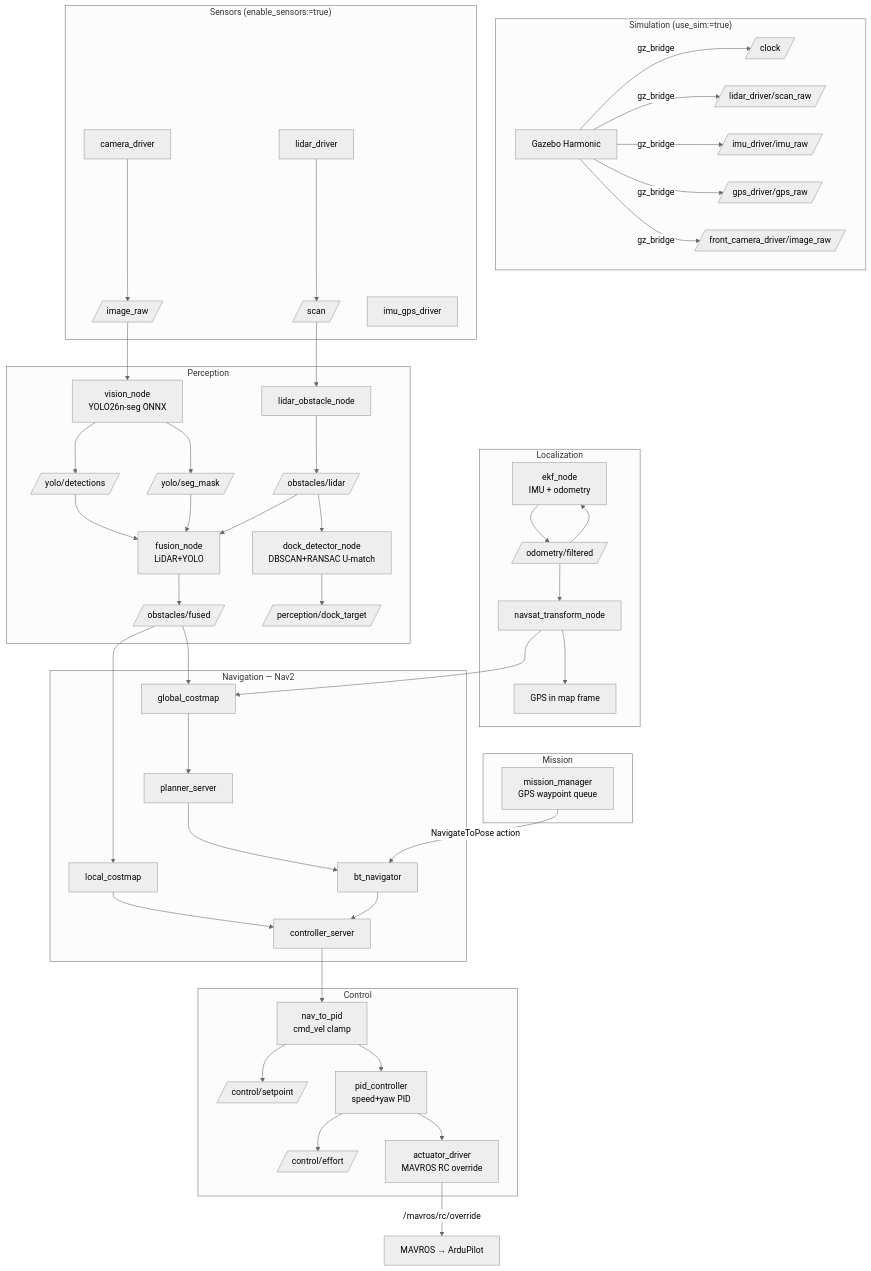
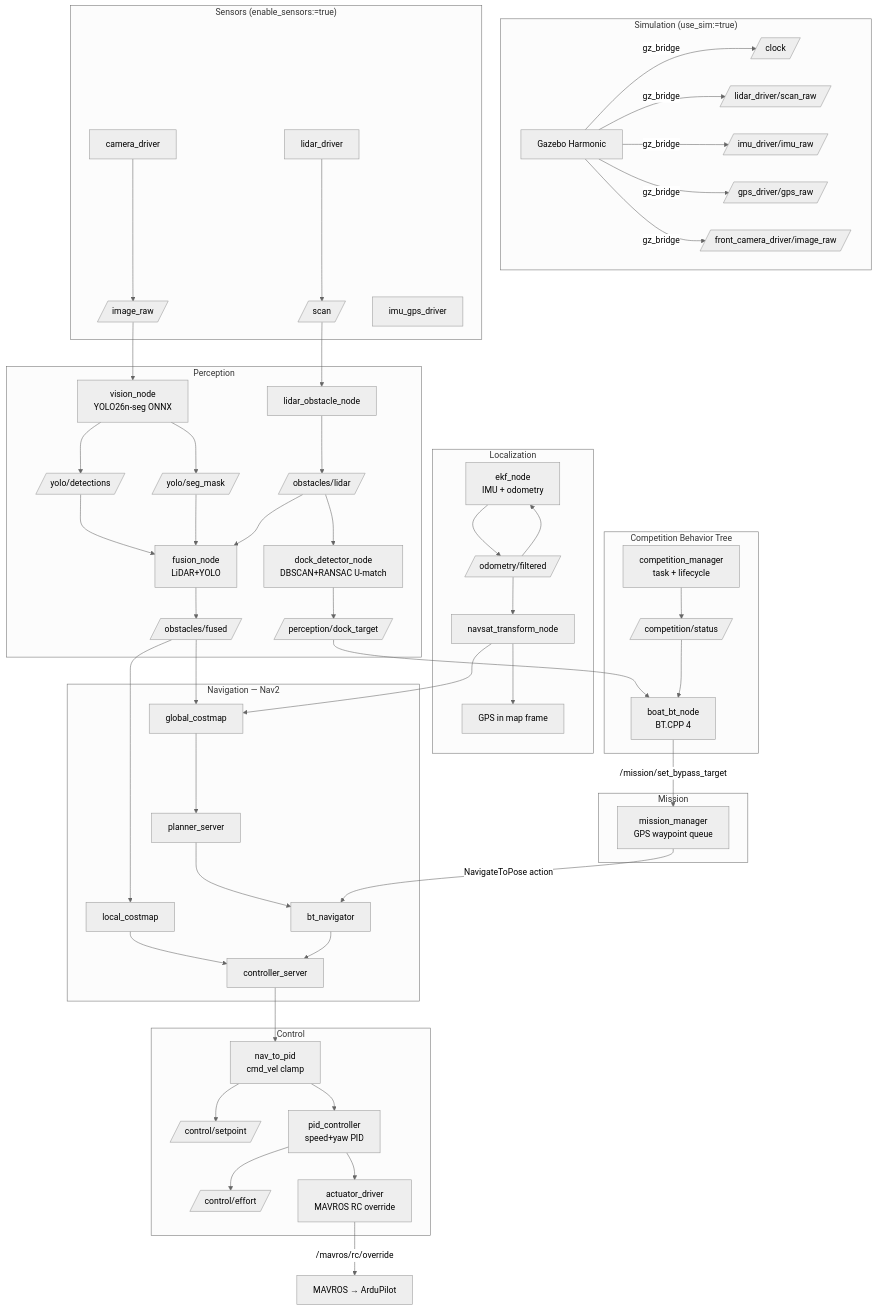
One commit to NODE-Engineering-Club/node-ros-2026 changed the diagram in README.md. Above: the diagram before and after it, drawn with Mermaid (neutral theme). The commit also changed other lines of this file and 1 other file, not shown here.

First line of the commit message:
Document the competition Behavior Tree merged in PR #16

````diff
--- a/README.md
+++ b/README.md
@@ -86,68 +92,75 @@
 ```mermaid
 flowchart TD
     subgraph Sim["Simulation (use_sim:=true)"]
         GZ[Gazebo Harmonic] -->|gz_bridge| CLK[/clock/]
         GZ -->|gz_bridge| LIDAR_SIM[/lidar_driver/scan_raw/]
         GZ -->|gz_bridge| IMU_SIM[/imu_driver/imu_raw/]
         GZ -->|gz_bridge| GPS_SIM[/gps_driver/gps_raw/]
         GZ -->|gz_bridge| CAM_SIM[/front_camera_driver/image_raw/]
     end
 
     subgraph Sensors["Sensors (enable_sensors:=true)"]
         LD[lidar_driver] --> Scan[/scan/]
         CD[camera_driver] --> Image[/image_raw/]
         IG[imu_gps_driver]
     end
 
     subgraph Perception
         Y[vision_node<br/>YOLO26n-seg ONNX] --> Det[/yolo/detections/]
         Y --> Mask[/yolo/seg_mask/]
         LO[lidar_obstacle_node] --> LidarPts[/obstacles/lidar/]
         FN[fusion_node<br/>LiDAR+YOLO] --> Fused[/obstacles/fused/]
         DD[dock_detector_node<br/>DBSCAN+RANSAC U-match] --> DockT[/perception/dock_target/]
     end
 
     subgraph Localization
         EKF[ekf_node<br/>IMU + odometry] --> OdomF[/odometry/filtered/]
         NS[navsat_transform_node] --> GPSF[GPS in map frame]
     end
 
     subgraph Navigation["Navigation — Nav2"]
         GCM[global_costmap]
         LCM[local_costmap]
         PS[planner_server]
         CS[controller_server]
         BT[bt_navigator]
     end
 
     subgraph Control
         N2P[nav_to_pid<br/>cmd_vel clamp] --> SP[/control/setpoint/]
         PID[pid_controller<br/>speed+yaw PID] --> Effort[/control/effort/]
         ACT[actuator_driver<br/>MAVROS RC override]
     end
 
     subgraph Mission
         MM[mission_manager<br/>GPS waypoint queue]
     end
 
+    subgraph CompetitionBT["Competition Behavior Tree"]
+        CM[competition_manager<br/>task + lifecycle] --> CS2[/competition/status/]
+        CBT[boat_bt_node<br/>BT.CPP 4] -->|"/mission/set_bypass_target"| MM
+    end
+
     Image --> Y
     Scan --> LO
     Det --> FN
     Mask --> FN
     LidarPts --> FN
     LidarPts --> DD
     Fused --> GCM
     Fused --> LCM
     OdomF --> EKF
     OdomF --> NS
     NS --> GCM
     GCM --> PS
     LCM --> CS
     PS --> BT
     BT --> CS
     CS --> N2P
     N2P --> PID
     PID --> ACT
     ACT -->|/mavros/rc/override| MAVROS[MAVROS → ArduPilot]
     MM -->|NavigateToPose action| BT
+    DockT --> CBT
+    CS2 --> CBT
 ```
````
